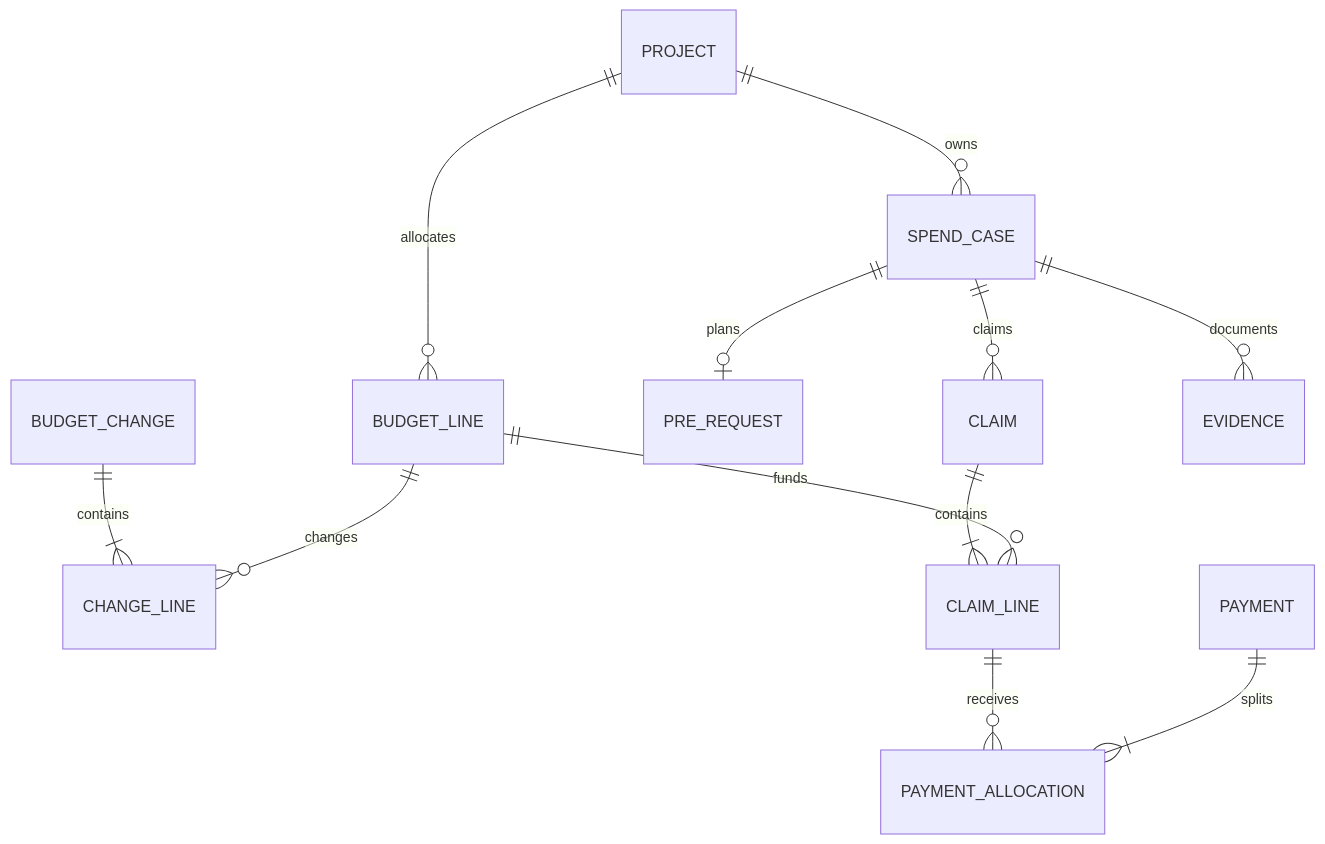
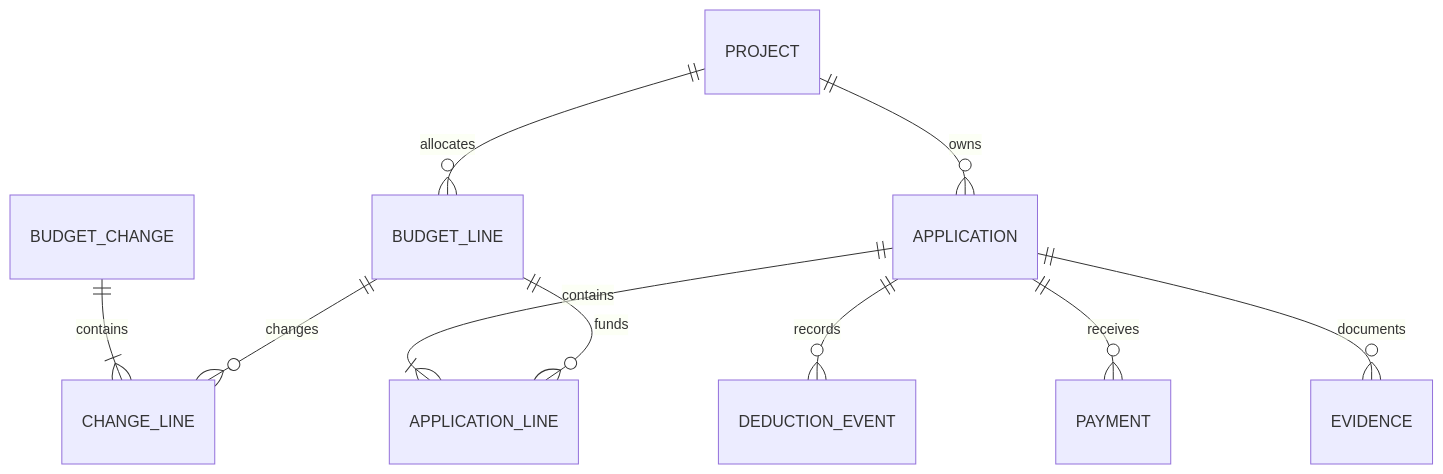
The diagram in docs/03-data-and-workflows.md (Nawii06/boot_erp), drawn with Mermaid before and after one commit. The commit also changed other lines of this file and 16 other files, not shown here.

Commit message:
docs: confirm application-time budget deductions and budget change policy

````diff
--- a/docs/03-data-and-workflows.md
+++ b/docs/03-data-and-workflows.md
@@ -32,15 +23,12 @@
 ```mermaid
 erDiagram
-    direction TB
     PROJECT ||--o{ BUDGET_LINE : allocates
-    PROJECT ||--o{ SPEND_CASE : owns
     BUDGET_CHANGE ||--|{ CHANGE_LINE : contains
     BUDGET_LINE ||--o{ CHANGE_LINE : changes
-    SPEND_CASE ||--o| PRE_REQUEST : plans
-    SPEND_CASE ||--o{ CLAIM : claims
-    CLAIM ||--|{ CLAIM_LINE : contains
-    BUDGET_LINE ||--o{ CLAIM_LINE : funds
-    CLAIM_LINE ||--o{ PAYMENT_ALLOCATION : receives
-    PAYMENT ||--|{ PAYMENT_ALLOCATION : splits
-    SPEND_CASE ||--o{ EVIDENCE : documents
+    PROJECT ||--o{ APPLICATION : owns
+    APPLICATION ||--|{ APPLICATION_LINE : contains
+    BUDGET_LINE ||--o{ APPLICATION_LINE : funds
+    APPLICATION ||--o{ DEDUCTION_EVENT : records
+    APPLICATION ||--o{ PAYMENT : receives
+    APPLICATION ||--o{ EVIDENCE : documents
 ```
````
